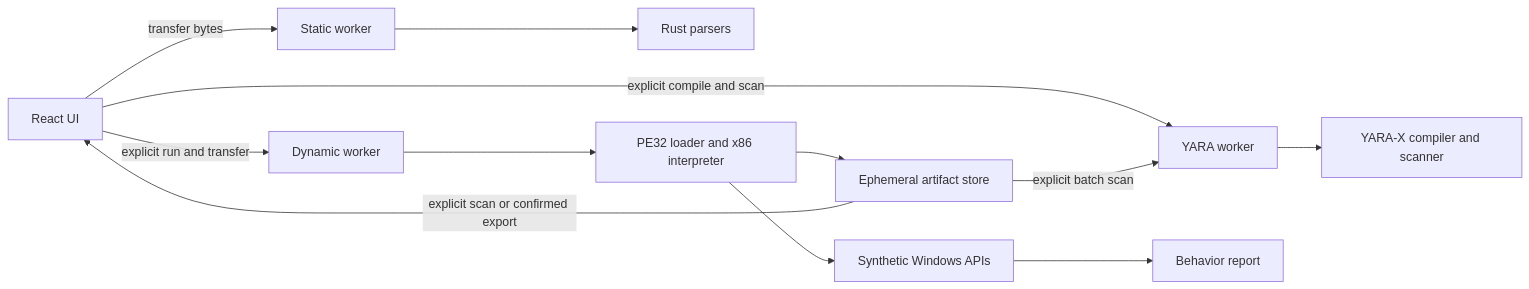
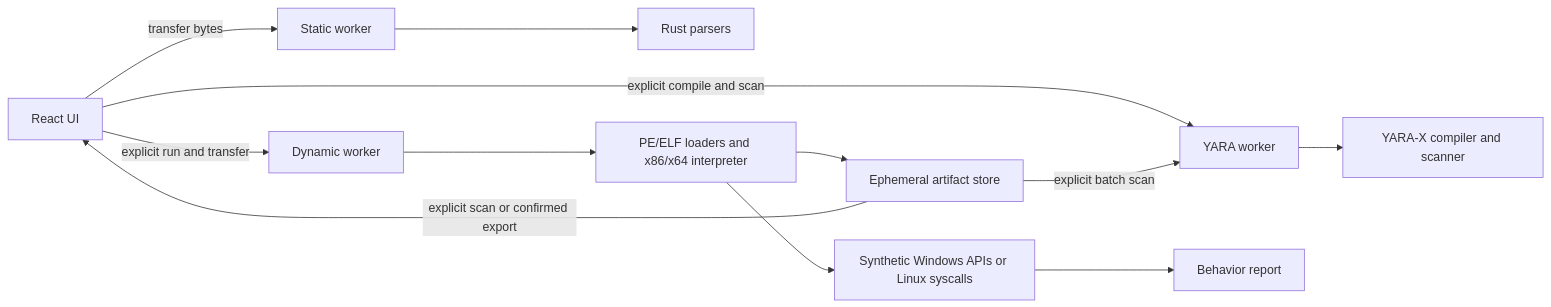
Before and after one commit to chaitanyarahalkar/aegis-browser-triage: the diagram in docs/security-model.md, drawn with Mermaid. The commit also changed other lines of this file and 12 other files, not shown here.

Commit message:
Add bounded Linux ELF64 dynamic analysis

````diff
--- a/docs/security-model.md
+++ b/docs/security-model.md
@@ -26,14 +26,14 @@
 ```mermaid
 flowchart LR
   UI["React UI"] -->|"transfer bytes"| SW["Static worker"]
   UI -->|"explicit run and transfer"| DW["Dynamic worker"]
   UI -->|"explicit compile and scan"| YW["YARA worker"]
   SW --> SP["Rust parsers"]
-  DW --> EMU["PE32 loader and x86 interpreter"]
-  EMU --> VOS["Synthetic Windows APIs"]
+  DW --> EMU["PE/ELF loaders and x86/x64 interpreter"]
+  EMU --> VOS["Synthetic Windows APIs or Linux syscalls"]
   VOS --> REP["Behavior report"]
   EMU --> ART["Ephemeral artifact store"]
   ART -->|"explicit scan or confirmed export"| UI
   ART -->|"explicit batch scan"| YW
   YW --> YX["YARA-X compiler and scanner"]
 ```
````
